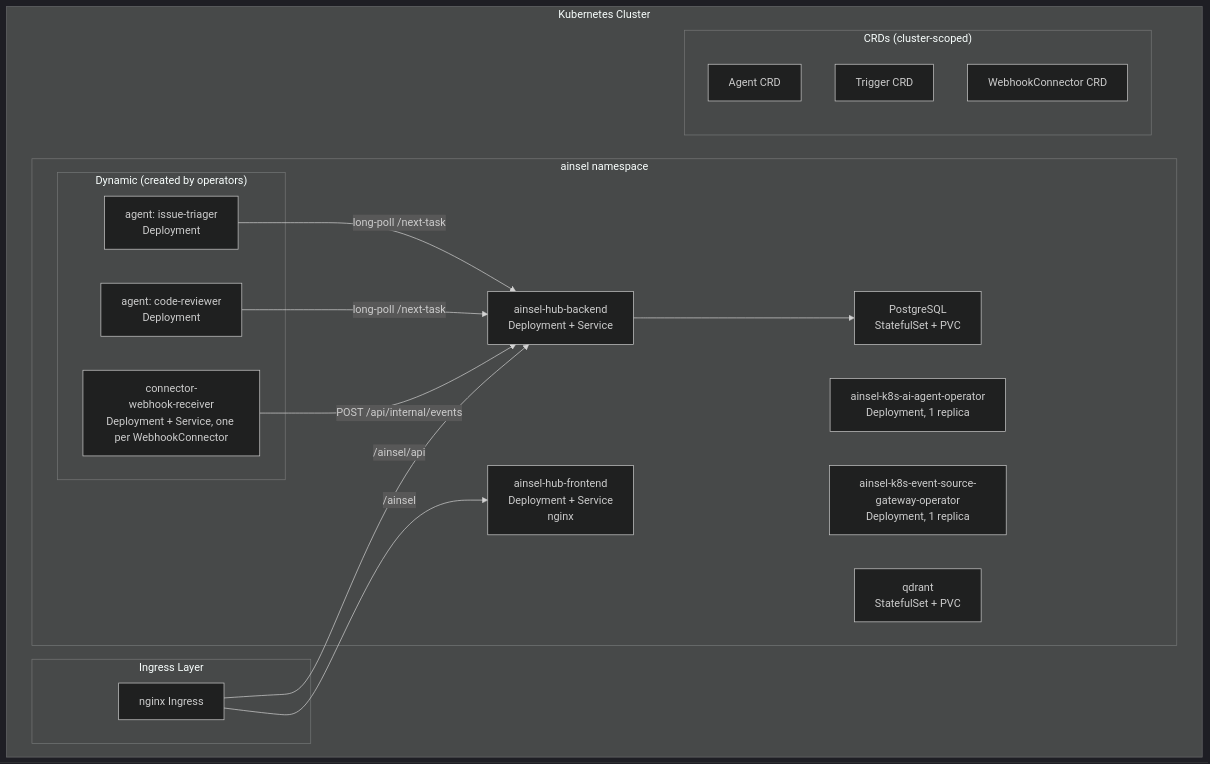
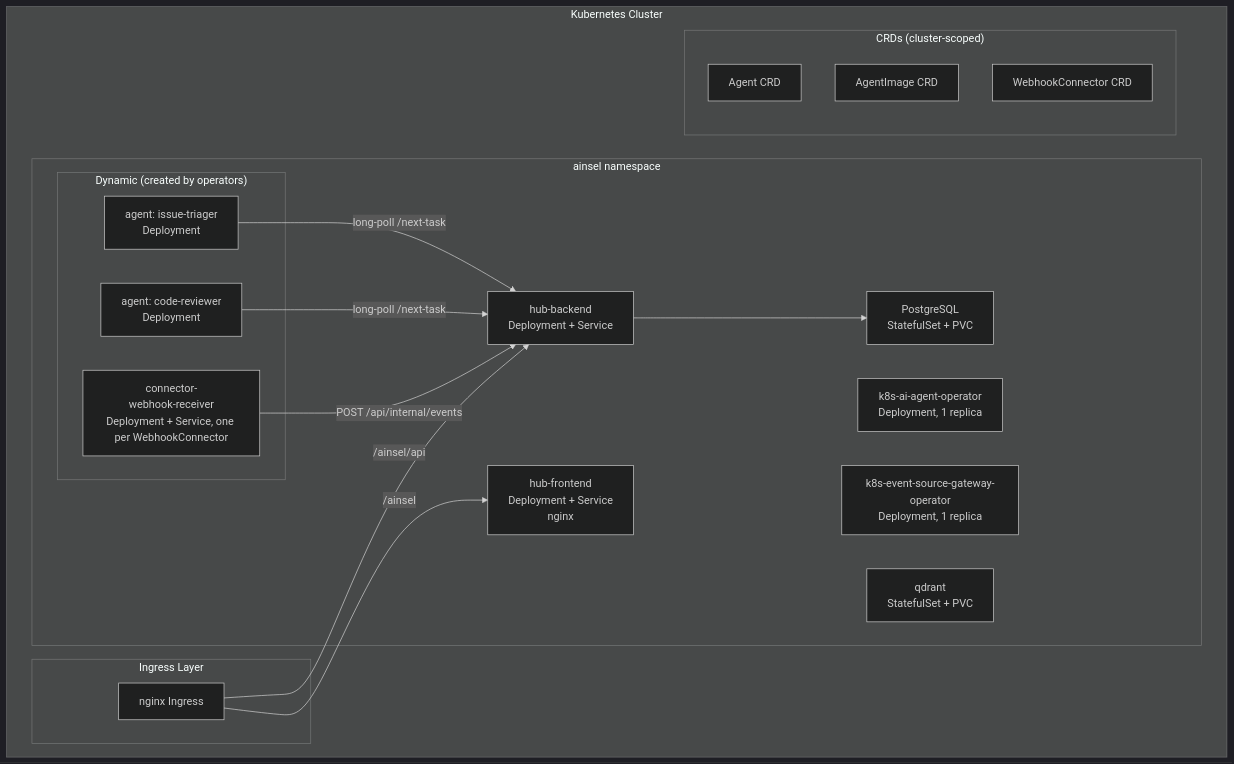
One commit to DominikPinsel/ainsel changed the sixth of 7 diagrams in docs/architecture.md. Above: the diagram before and after it, drawn with Mermaid (dark theme). The commit also changed other lines of this file and 9 other files, not shown here.

First line of the commit message:
docs: route on the connector id, not its display name — fix #249 + staleness sweep (#250)

````diff
--- a/docs/architecture.md
+++ b/docs/architecture.md
@@ -279,36 +279,36 @@
 ```mermaid
 graph TD
     subgraph "Kubernetes Cluster"
         subgraph "ainsel namespace"
-            AO[ainsel-k8s-ai-agent-operator<br/>Deployment, 1 replica]
-            CO[ainsel-k8s-event-source-gateway-operator<br/>Deployment, 1 replica]
-            HUB[ainsel-hub-backend<br/>Deployment + Service]
-            UI_POD[ainsel-hub-frontend<br/>Deployment + Service<br/>nginx]
+            AO[k8s-ai-agent-operator<br/>Deployment, 1 replica]
+            CO[k8s-event-source-gateway-operator<br/>Deployment, 1 replica]
+            HUB[hub-backend<br/>Deployment + Service]
+            UI_POD[hub-frontend<br/>Deployment + Service<br/>nginx]
             QD[qdrant<br/>StatefulSet + PVC]
             PG[PostgreSQL<br/>StatefulSet + PVC]
 
             subgraph "Dynamic (created by operators)"
-                FC_POD[connector-<name><br/>webhook-receiver<br/>Deployment + Service, one per WebhookConnector]
+                FC_POD[connector-<id><br/>webhook-receiver<br/>Deployment + Service, one per WebhookConnector]
                 AR1_POD[agent: code-reviewer<br/>Deployment]
                 AR2_POD[agent: issue-triager<br/>Deployment]
             end
         end
 
         subgraph "Ingress Layer"
             ING[nginx Ingress]
         end
 
         subgraph "CRDs (cluster-scoped)"
             CRD1[Agent CRD]
-            CRD2[Trigger CRD]
+            CRD2[AgentImage CRD]
             CRD3[WebhookConnector CRD]
         end
     end
 
     ING -->|/ainsel/api| HUB
     ING -->|/ainsel| UI_POD
     HUB --> PG
     FC_POD -->|POST /api/internal/events| HUB
     AR1_POD -->|long-poll /next-task| HUB
     AR2_POD -->|long-poll /next-task| HUB
 ```
````
